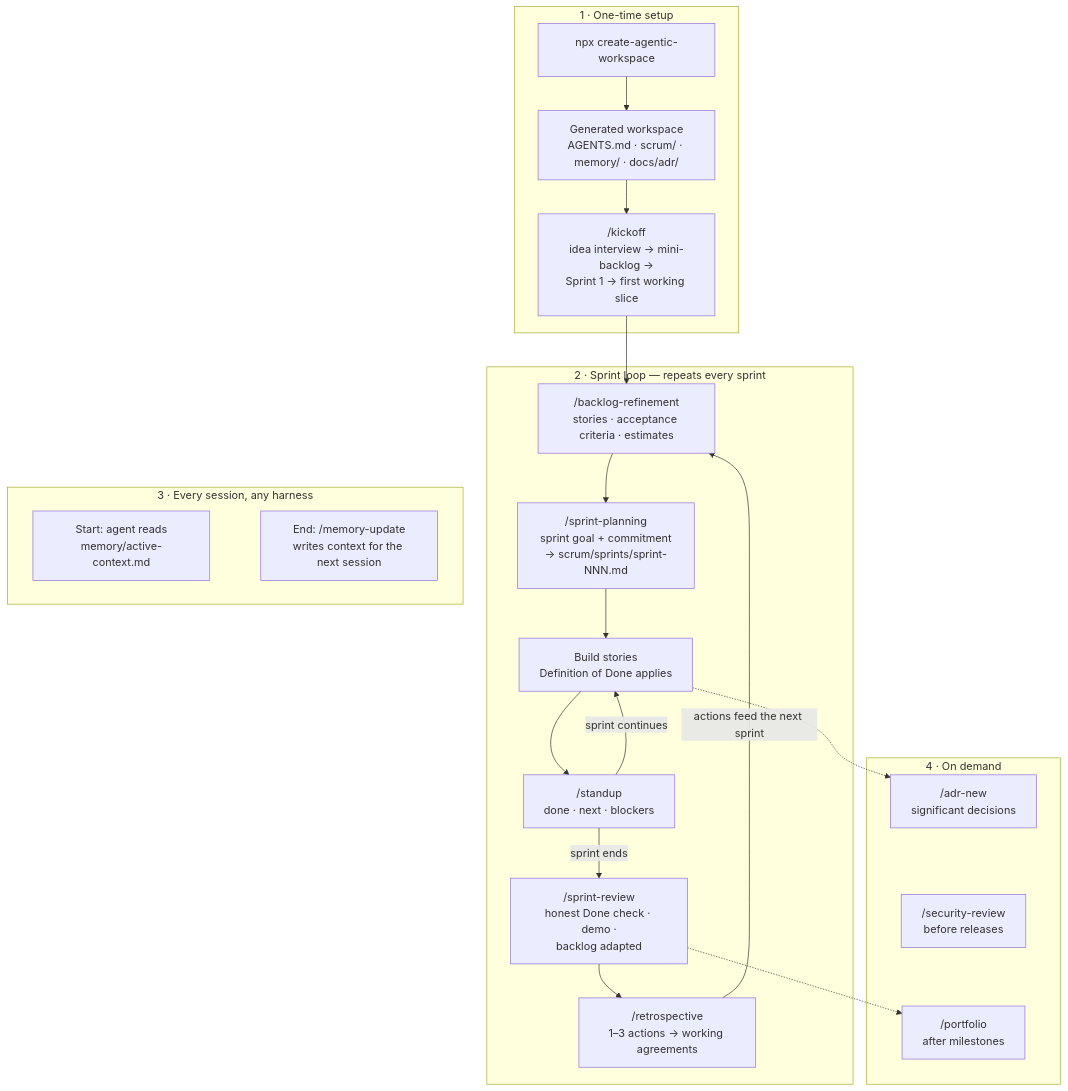
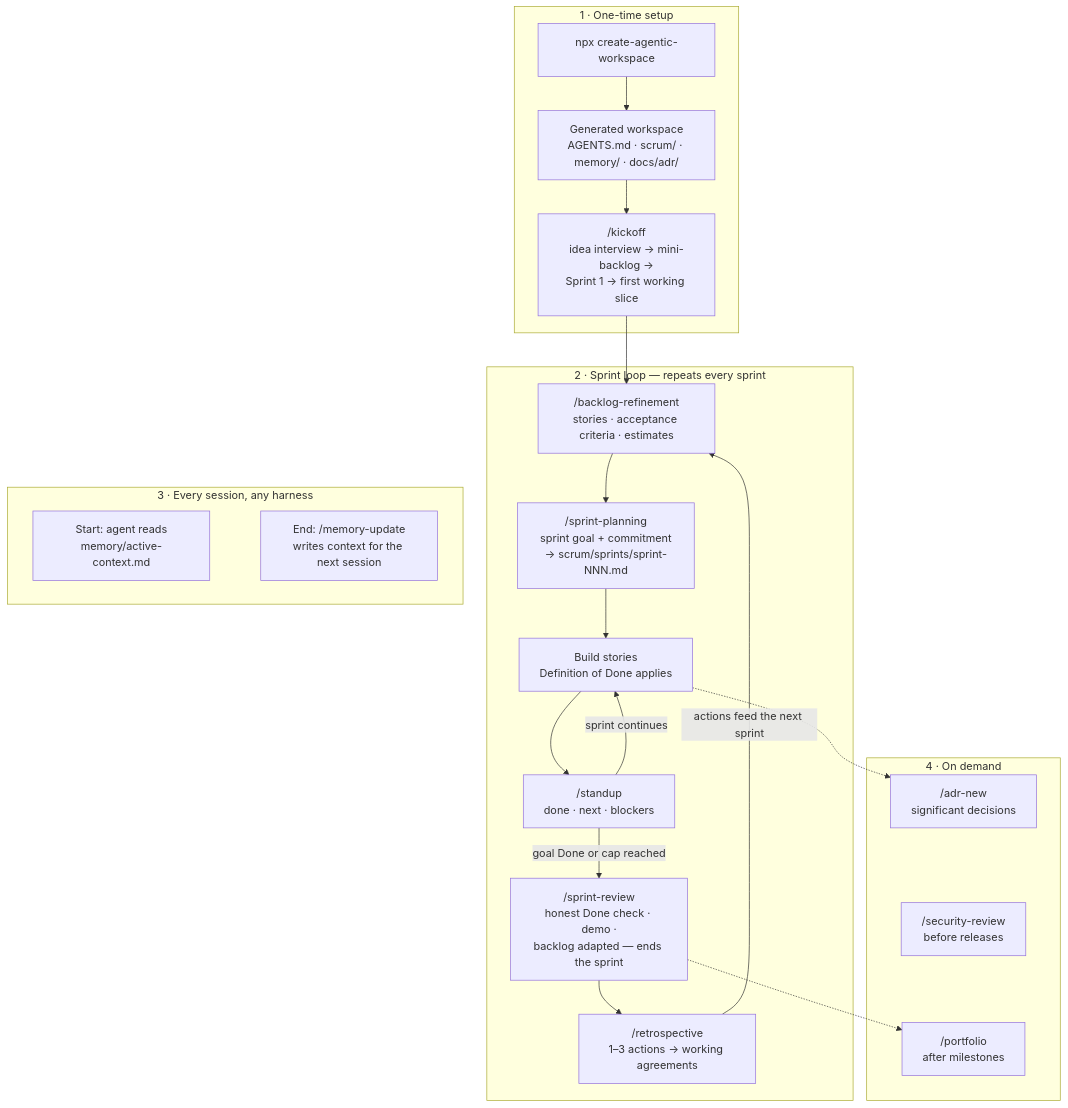
The diagram in README.md (vincentheimann/create-agentic-workspace), drawn with Mermaid before and after one commit. The commit also changed other lines of this file and 12 other files, not shown here.

````diff
--- a/README.md
+++ b/README.md
@@ -205,32 +208,32 @@
 ```mermaid
 flowchart TD
     subgraph setup ["1 · One-time setup"]
         A["npx create-agentic-workspace"] --> B["Generated workspace<br/>AGENTS.md · scrum/ · memory/ · docs/adr/"]
         B --> C["/kickoff<br/>idea interview → mini-backlog →<br/>Sprint 1 → first working slice"]
     end
 
     subgraph sprintloop ["2 · Sprint loop — repeats every sprint"]
         D["/backlog-refinement<br/>stories · acceptance criteria · estimates"] --> E["/sprint-planning<br/>sprint goal + commitment<br/>→ scrum/sprints/sprint-NNN.md"]
         E --> F["Build stories<br/>Definition of Done applies"]
         F --> G["/standup<br/>done · next · blockers"]
         G -->|"sprint continues"| F
-        G -->|"sprint ends"| H["/sprint-review<br/>honest Done check · demo ·<br/>backlog adapted"]
+        G -->|"goal Done or cap reached"| H["/sprint-review<br/>honest Done check · demo ·<br/>backlog adapted — ends the sprint"]
         H --> I["/retrospective<br/>1–3 actions → working agreements"]
         I -->|"actions feed the next sprint"| D
     end
 
     C --> D
 
     subgraph memorybox ["3 · Every session, any harness"]
         M["Start: agent reads<br/>memory/active-context.md"] ~~~ N["End: /memory-update<br/>writes context for the next session"]
     end
 
     subgraph ondemand ["4 · On demand"]
         O["/adr-new<br/>significant decisions"] ~~~ P["/security-review<br/>before releases"] ~~~ Q["/portfolio<br/>after milestones"]
     end
 
     F -.-> O
     H -.-> Q
 
     sprintloop ~~~ memorybox
 ```
````
